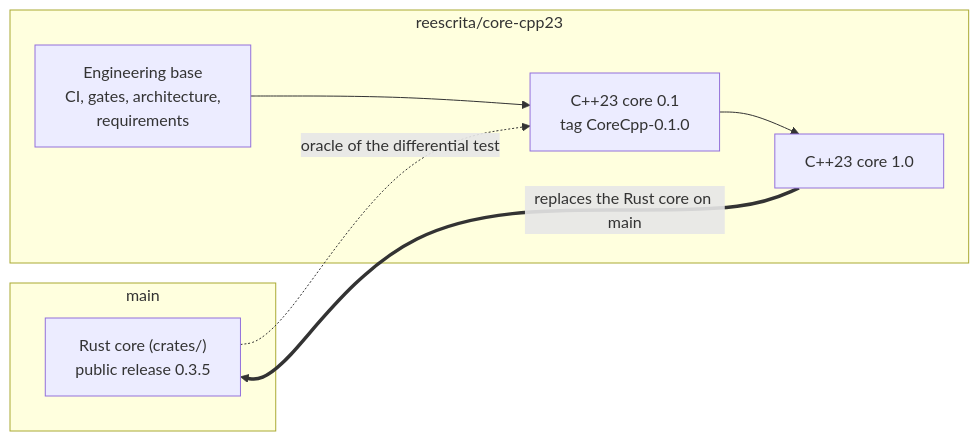
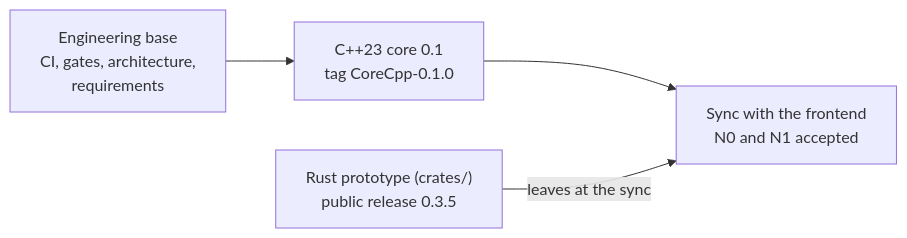
Before and after one commit to ViktorWalde/KineinVectis: the first of 3 diagrams in README.md, drawn with Mermaid. The commit also changed other lines of this file and 12 other files, not shown here.

````diff
--- a/README.md
+++ b/README.md
@@ -35,12 +36,6 @@
 ```mermaid
 flowchart LR
-    subgraph MAIN["main"]
-        RUST["Rust core (crates/)<br/>public release 0.3.5"]
-    end
-    subgraph BRANCH["reescrita/core-cpp23"]
-        BASE["Engineering base<br/>CI, gates, architecture,<br/>requirements"] --> CORE01["C++23 core 0.1<br/>tag CoreCpp-0.1.0"]
-        CORE01 --> CORE10["C++23 core 1.0"]
-    end
-    RUST -.->|oracle of the differential test| CORE01
-    CORE10 ==>|replaces the Rust core on main| RUST
+    BASE["Engineering base<br/>CI, gates, architecture,<br/>requirements"] --> CORE01["C++23 core 0.1<br/>tag CoreCpp-0.1.0"]
+    CORE01 --> SYNC["Sync with the frontend<br/>N0 and N1 accepted"]
+    RUST["Rust prototype (crates/)<br/>public release 0.3.5"] -->|leaves at the sync| SYNC
 ```
````
